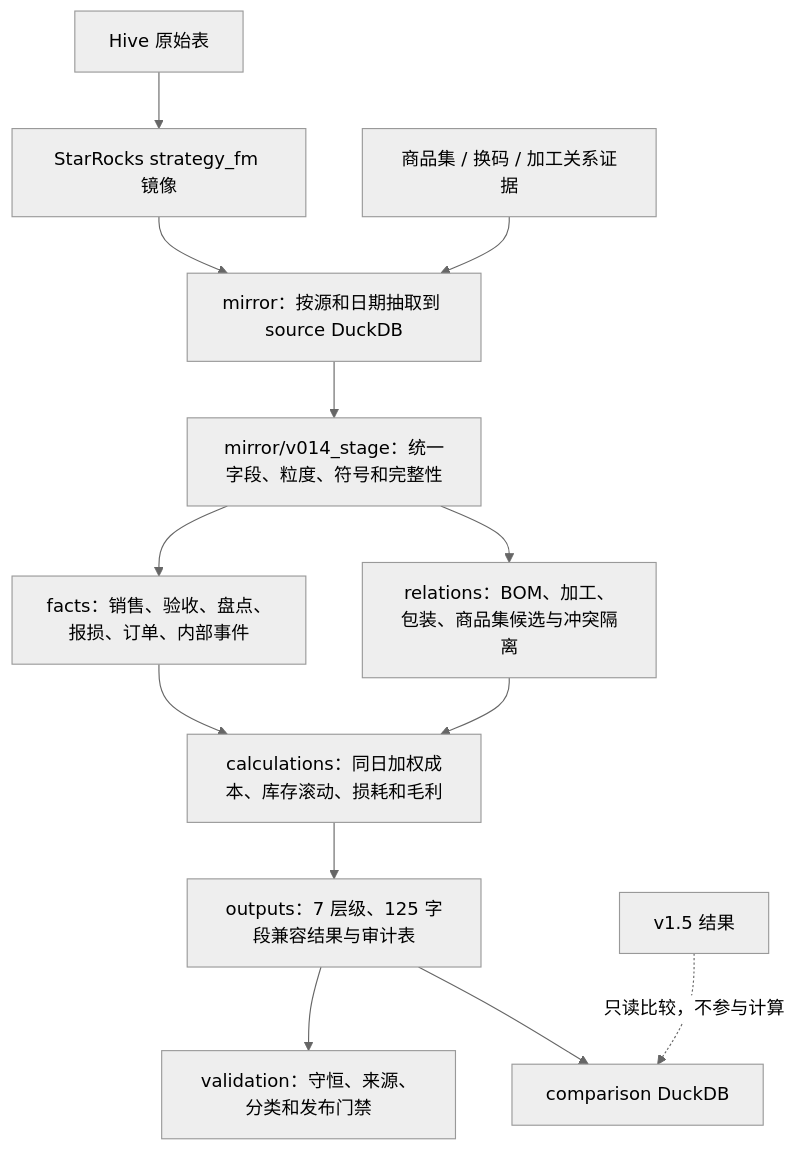
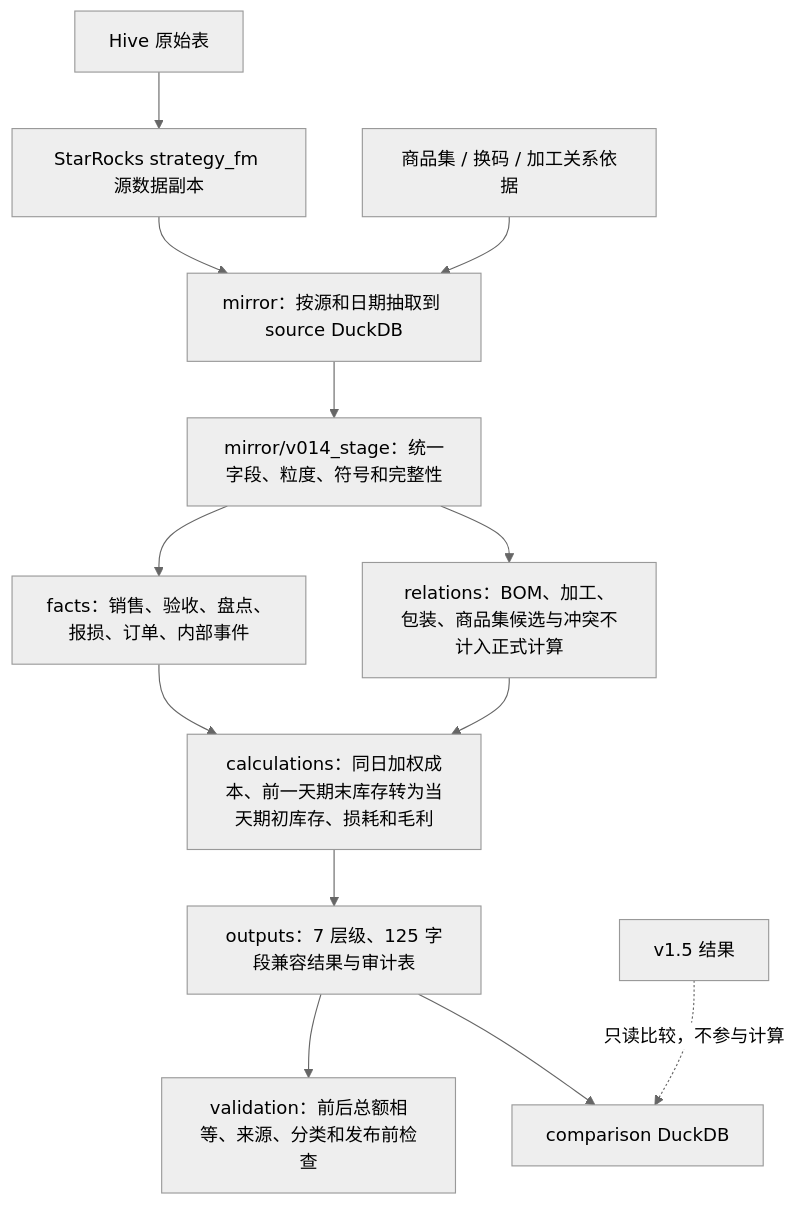
One commit to kate636/cuihua-data changed the first of 2 diagrams in fmetl/docs/architecture/PROJECT_FULL_FILE_AUDIT_2026-08-12.md. Above: the diagram before and after it, drawn with Mermaid (neutral theme). The commit also changed other lines of this file and 42 other files, not shown here.

````diff
--- a/fmetl/docs/architecture/PROJECT_FULL_FILE_AUDIT_2026-08-12.md
+++ b/fmetl/docs/architecture/PROJECT_FULL_FILE_AUDIT_2026-08-12.md
@@ -48,15 +48,15 @@
 ```mermaid
 flowchart TB
-    A["Hive 原始表"] --> B["StarRocks strategy_fm 镜像"]
-    X["商品集 / 换码 / 加工关系证据"] --> C
+    A["Hive 原始表"] --> B["StarRocks strategy_fm 源数据副本"]
+    X["商品集 / 换码 / 加工关系依据"] --> C
     B --> C["mirror：按源和日期抽取到 source DuckDB"]
     C --> D["mirror/v014_stage：统一字段、粒度、符号和完整性"]
     D --> E["facts：销售、验收、盘点、报损、订单、内部事件"]
-    D --> F["relations：BOM、加工、包装、商品集候选与冲突隔离"]
-    E --> G["calculations：同日加权成本、库存滚动、损耗和毛利"]
+    D --> F["relations：BOM、加工、包装、商品集候选与冲突不计入正式计算"]
+    E --> G["calculations：同日加权成本、前一天期末库存转为当天期初库存、损耗和毛利"]
     F --> G
     G --> H["outputs：7 层级、125 字段兼容结果与审计表"]
-    H --> I["validation：守恒、来源、分类和发布门禁"]
+    H --> I["validation：前后总额相等、来源、分类和发布前检查"]
     V["v1.5 结果"] -.->|"只读比较，不参与计算"| J["comparison DuckDB"]
     H --> J
 ```
````
